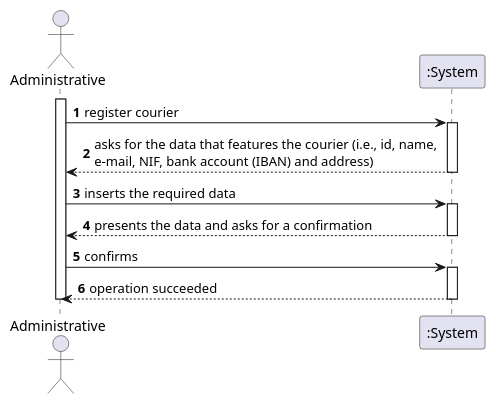
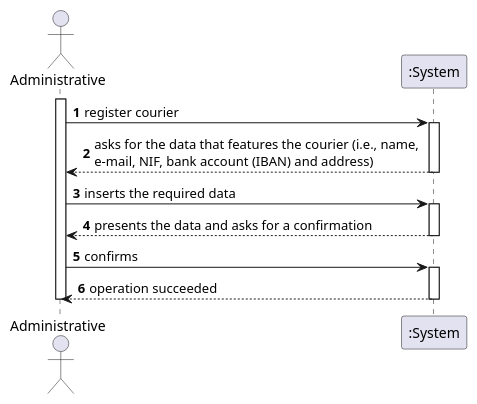
One commit to tiagoavcosta25/LAPR3 changed the diagram in docs/Iteration 1/Courier Management/US19_RegisterCourier/US19_SSD.puml. Above: the diagram before and after it, drawn with PlantUML. The commit also changed 3 other files, not shown here.

```diff
--- a/docs/Iteration 1/Courier Management/US19_RegisterCourier/US19_SSD.puml
+++ b/docs/Iteration 1/Courier Management/US19_RegisterCourier/US19_SSD.puml
@@ -1,23 +1,23 @@
 @startuml
 autonumber
 actor "Administrative" as ADM
 
 activate ADM
 ADM -> ":System" : register courier
 activate ":System"
-":System" --> ADM : asks for the data that features the courier (i.e., id, name, \ne-mail, NIF, bank account (IBAN) and address)
+":System" --> ADM : asks for the data that features the courier (i.e., name, \ne-mail, NIF, bank account (IBAN) and address)
 deactivate ":System"
 
 
 ADM -> ":System" : inserts the required data
 activate ":System"
 ":System" --> ADM : presents the data and asks for a confirmation
 deactivate ":System"
 
 ADM -> ":System" : confirms
 activate ":System"
 ":System" --> ADM : operation succeeded
 deactivate ":System"
 
 deactivate ADM
 @enduml
```
